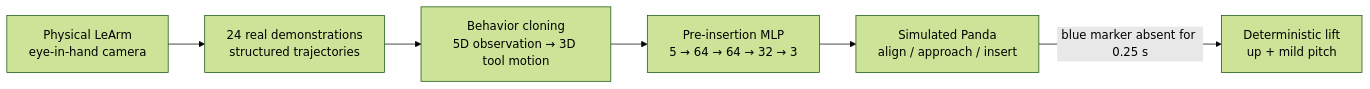
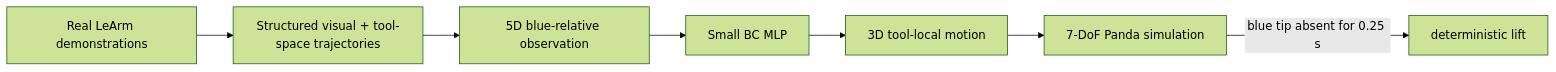
Before and after one commit to fBlurryface/test-project: the diagram in README.md, drawn with Mermaid (forest theme). The commit also changed other lines of this file and 34 other files, not shown here.

````diff
--- a/README.md
+++ b/README.md
@@ -25,8 +45,9 @@
 ```mermaid
 flowchart LR
-    A["Physical LeArm\neye-in-hand camera"] --> B["24 real demonstrations\nstructured trajectories"]
-    B --> C["Behavior cloning\n5D observation → 3D tool motion"]
-    C --> D["Pre-insertion MLP\n5 → 64 → 64 → 32 → 3"]
-    D --> E["Simulated Panda\nalign / approach / insert"]
-    E -->|"blue marker absent for 0.25 s"| F["Deterministic lift\nup + mild pitch"]
+    A["Real LeArm demonstrations"] --> B["Structured visual + tool-space trajectories"]
+    B --> C["5D blue-relative observation"]
+    C --> D["Small BC MLP"]
+    D --> E["3D tool-local motion"]
+    E --> F["7-DoF Panda simulation"]
+    F -->|"blue tip absent for 0.25 s"| G["deterministic lift"]
 ```
````
